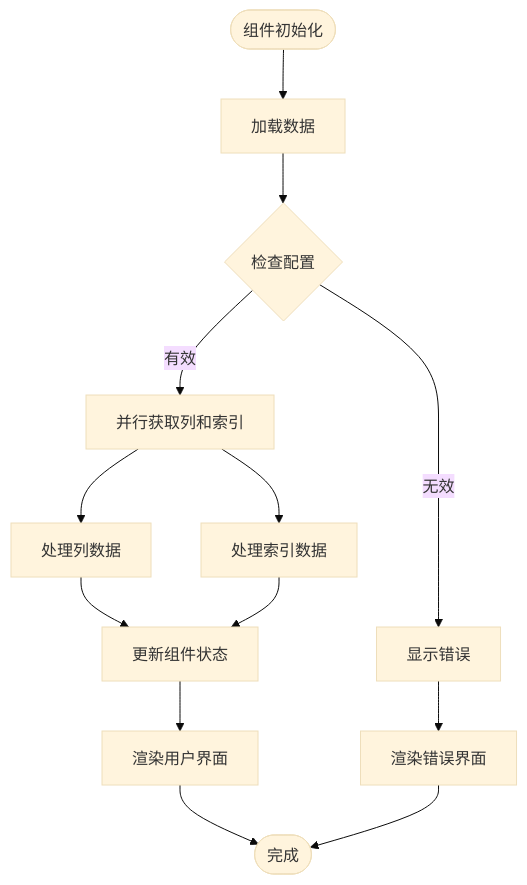
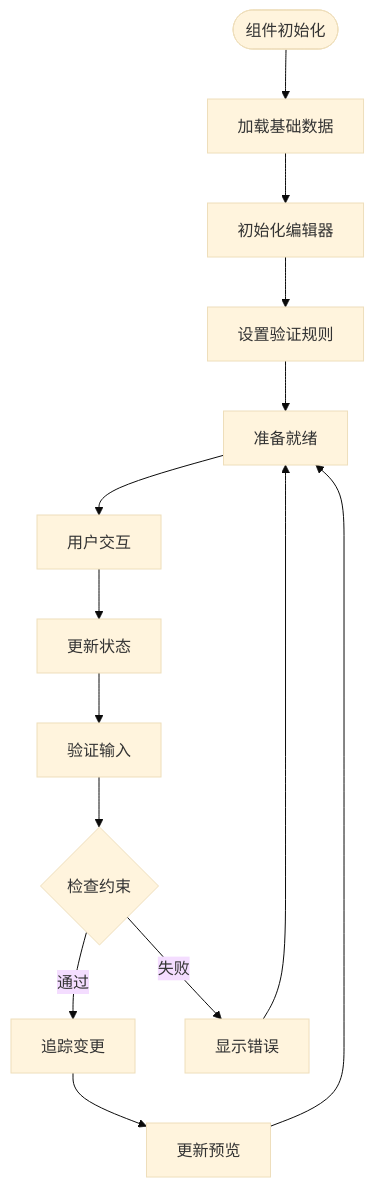
The fifth of 16 diagrams in .qoder/repowiki/zh/content/前端组件系统/表设计组件.md (wwenbo2048/nexsql), drawn with Mermaid (base theme) before and after one commit. The commit also changed other lines of this file and 19 other files, not shown here.

````diff
--- a/.qoder/repowiki/zh/content/前端组件系统/表设计组件.md
+++ b/.qoder/repowiki/zh/content/前端组件系统/表设计组件.md
@@ -215,15 +317,16 @@
 ```mermaid
 flowchart TD
-Start([组件初始化]) --> LoadData[加载数据]
-LoadData --> CheckConfig{检查配置}
-CheckConfig --> |有效| FetchData[并行获取列和索引]
-CheckConfig --> |无效| ShowError[显示错误]
-FetchData --> ProcessColumns[处理列数据]
-FetchData --> ProcessIndexes[处理索引数据]
-ProcessColumns --> UpdateState[更新组件状态]
-ProcessIndexes --> UpdateState
-UpdateState --> RenderUI[渲染用户界面]
-ShowError --> RenderError[渲染错误界面]
-RenderUI --> End([完成])
-RenderError --> End
+Start([组件初始化]) --> LoadData[加载基础数据]
+LoadData --> InitEditors[初始化编辑器]
+InitEditors --> SetupValidation[设置验证规则]
+SetupValidation --> Ready[准备就绪]
+Ready --> UserInteraction[用户交互]
+UserInteraction --> UpdateState[更新状态]
+UpdateState --> ValidateInput[验证输入]
+ValidateInput --> CheckConstraints{检查约束}
+CheckConstraints --> |通过| TrackChanges[追踪变更]
+CheckConstraints --> |失败| ShowError[显示错误]
+TrackChanges --> UpdatePreview[更新预览]
+UpdatePreview --> Ready
+ShowError --> Ready
 ```
````
